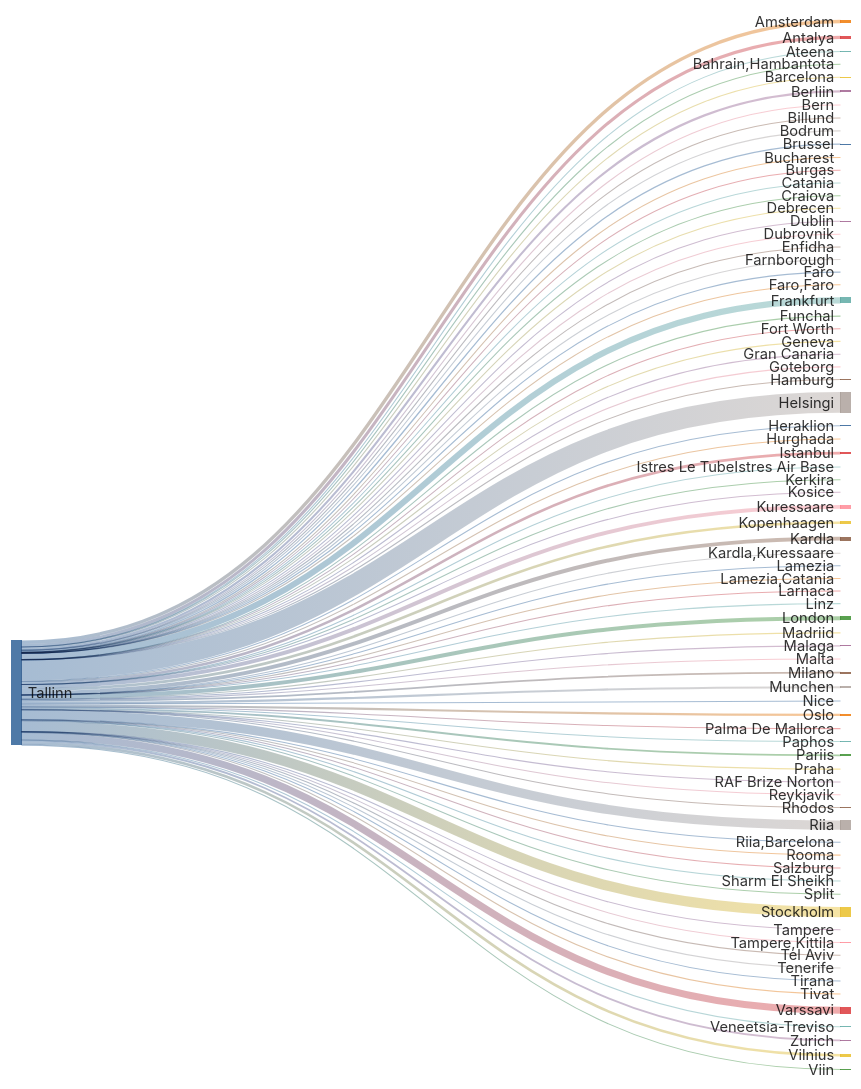
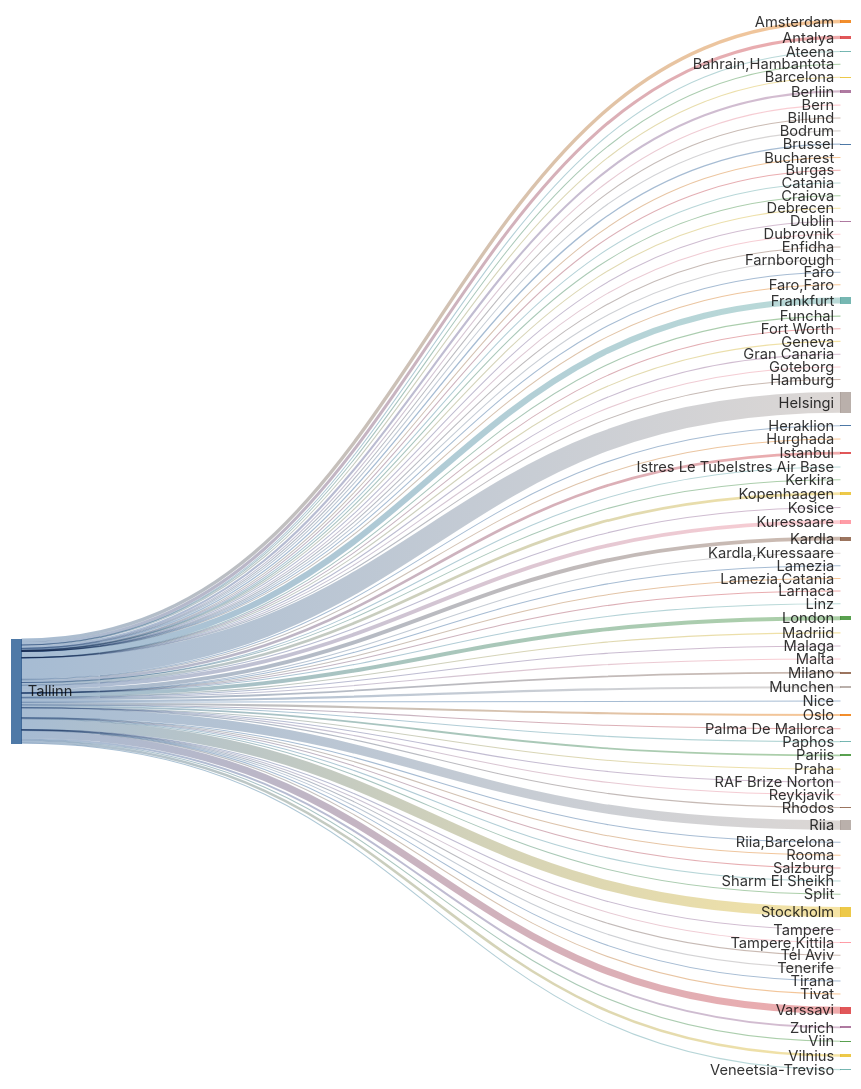
Before and after one commit to rainermesi/tll-airport-departures: the second of 2 diagrams in README.md, drawn with Mermaid. The commit also changed other lines of this file and 1 other file, not shown here.

````diff
--- a/README.md
+++ b/README.md
@@ -41,18 +41,18 @@
 ---
 sankey-beta
 %% source,target,value
-Tallinn,Amsterdam,507
-Tallinn,Antalya,451
+Tallinn,Amsterdam,509
+Tallinn,Antalya,453
 Tallinn,Ateena,16
 Tallinn,"Bahrain,Hambantota",1
-Tallinn,Barcelona,141
+Tallinn,Barcelona,143
 Tallinn,Berliin,320
 Tallinn,Bern,1
-Tallinn,Billund,80
+Tallinn,Billund,81
 Tallinn,Bodrum,11
 Tallinn,Brussel,196
 Tallinn,Bucharest,1
-Tallinn,Burgas,64
+Tallinn,Burgas,65
 Tallinn,Catania,2
 Tallinn,Craiova,1
 Tallinn,Debrecen,1
@@ -63,60 +63,60 @@
 Tallinn,Faro,4
 Tallinn,"Faro,Faro",1
 Tallinn,Fort Worth,1
-Tallinn,Frankfurt,914
+Tallinn,Frankfurt,916
 Tallinn,Funchal,5
 Tallinn,Geneva,13
 Tallinn,Gran Canaria,38
 Tallinn,Goteborg,2
 Tallinn,Hamburg,2
-Tallinn,Helsingi,3078
-Tallinn,Heraklion,106
+Tallinn,Helsingi,3087
+Tallinn,Heraklion,107
 Tallinn,Hurghada,75
-Tallinn,Istanbul,399
+Tallinn,Istanbul,400
 Tallinn,Istres Le TubeIstres Air Base,2
 Tallinn,Kerkira,4
-Tallinn,Kopenhaagen,397
+Tallinn,Kopenhaagen,399
 Tallinn,Kosice,1
-Tallinn,Kuressaare,582
-Tallinn,Kardla,584
+Tallinn,Kuressaare,583
+Tallinn,Kardla,585
 Tallinn,"Kardla,Kuressaare",1
 Tallinn,Lamezia,1
 Tallinn,"Lamezia,Catania",3
 Tallinn,Larnaca,4
 Tallinn,Linz,2
-Tallinn,London,597
+Tallinn,London,598
 Tallinn,Madriid,4
-Tallinn,Malaga,124
-Tallinn,Malta,30
+Tallinn,Malaga,125
+Tallinn,Malta,31
 Tallinn,Milano,275
 Tallinn,Munchen,317
 Tallinn,Nice,55
 Tallinn,Oslo,310
-Tallinn,Palma De Mallorca,34
+Tallinn,Palma De Mallorca,35
 Tallinn,Paphos,66
 Tallinn,Pariis,270
 Tallinn,Praha,90
 Tallinn,RAF Brize Norton,1
 Tallinn,Reykjavik,20
 Tallinn,Rhodos,63
-Tallinn,Riia,1382
+Tallinn,Riia,1387
 Tallinn,"Riia,Barcelona",1
 Tallinn,Rooma,80
 Tallinn,Salzburg,14
 Tallinn,Sharm El Sheikh,104
 Tallinn,Split,56
-Tallinn,Stockholm,1521
+Tallinn,Stockholm,1524
 Tallinn,Tampere,17
 Tallinn,"Tampere,Kittila",21
 Tallinn,Tel Aviv,2
 Tallinn,Tenerife,58
 Tallinn,Tirana,37
 Tallinn,Tivat,71
-Tallinn,Varssavi,1060
+Tallinn,Varssavi,1063
 Tallinn,Veneetsia-Treviso,67
 Tallinn,Viin,106
 Tallinn,Vilnius,385
-Tallinn,Zurich,274
+Tallinn,Zurich,275
 
 
 ```
````
